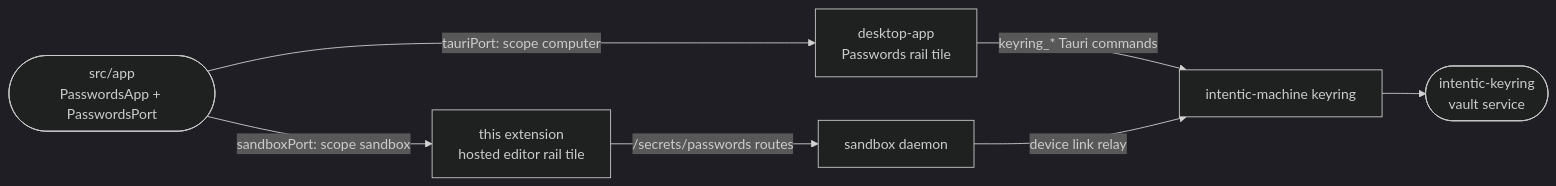
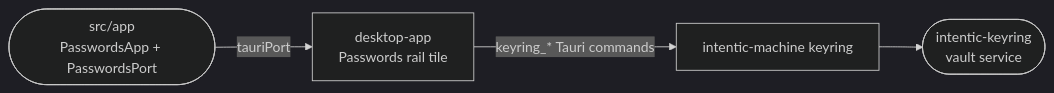
One commit to intentic/intentic changed the diagram in _extensions/passwords/README.md. Above: the diagram before and after it, drawn with Mermaid (dark theme). The commit also changed other lines of this file and 65 other files, not shown here.

First line of the commit message:
refactor(secrets): remove sandbox-hosted Passwords, replace with wants routes and UI

````diff
--- a/_extensions/passwords/README.md
+++ b/_extensions/passwords/README.md
@@ -5,10 +5,7 @@
 ```mermaid
 flowchart LR
     app(["src/app<br/>PasswordsApp + PasswordsPort"])
-    app -->|"tauriPort: scope computer"| desktop["desktop-app<br/>Passwords rail tile"]
-    app -->|"sandboxPort: scope sandbox"| ext["this extension<br/>hosted editor rail tile"]
+    app -->|"tauriPort"| desktop["desktop-app<br/>Passwords rail tile"]
     desktop -->|"keyring_* Tauri commands"| machine["intentic-machine keyring"]
-    ext -->|"/secrets/passwords routes"| daemon["sandbox daemon"]
     machine --> keyring(["intentic-keyring<br/>vault service"])
-    daemon -->|"device link relay"| machine
 ```
````
